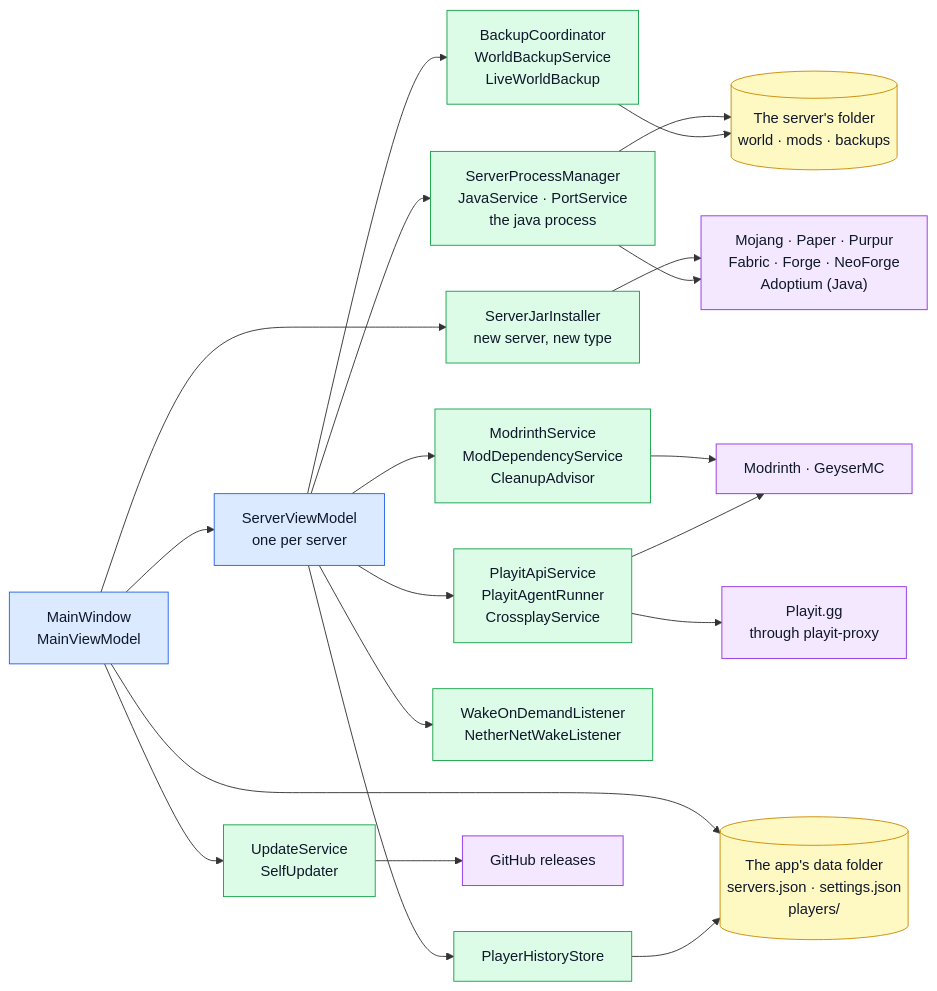
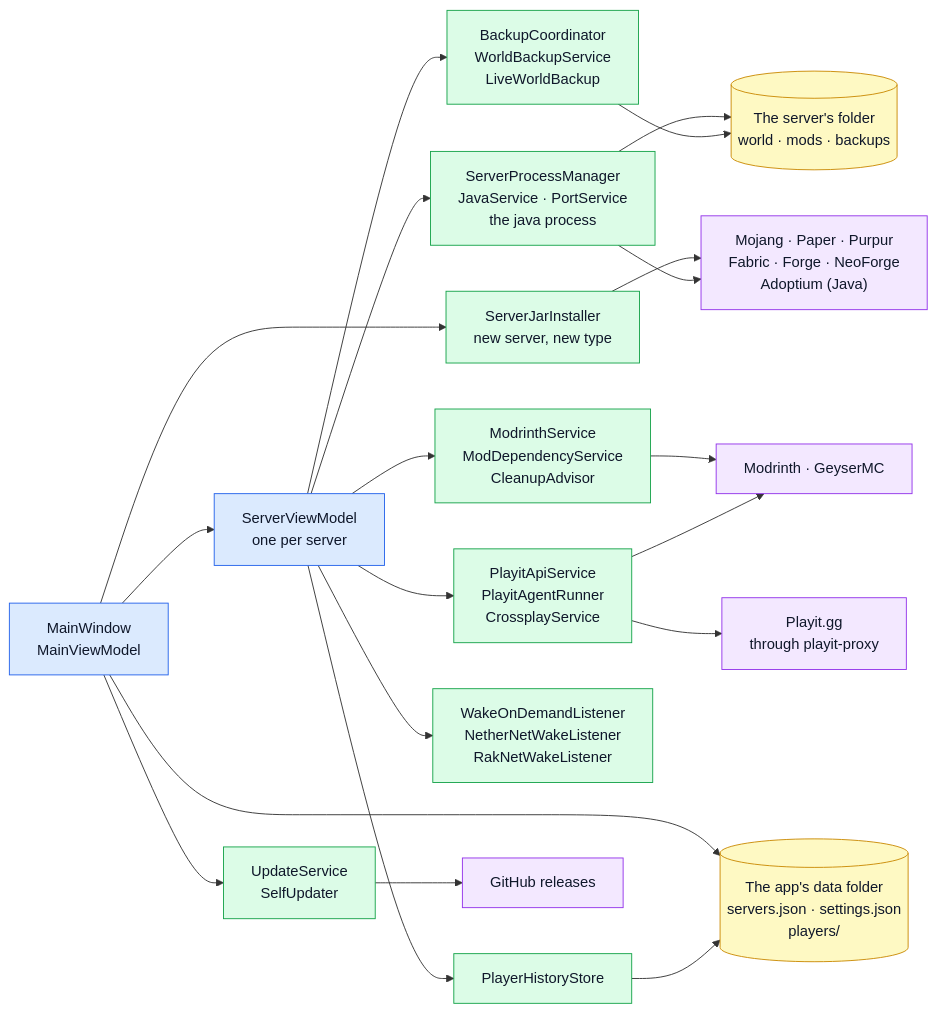
Before and after one commit to JuanP-G/MC-ServerLauncher: the first of 2 diagrams in docs/articles/architecture.md, drawn with Mermaid. The commit also changed other lines of this file and 11 other files, not shown here.

First line of the commit message:
feat(wake): un jugador de Bedrock por RakNet también despierta el servidor

````diff
--- a/docs/articles/architecture.md
+++ b/docs/articles/architecture.md
@@ -16,41 +16,41 @@
 ```mermaid
 flowchart LR
     win["MainWindow<br/>MainViewModel"]
     svm["ServerViewModel<br/>one per server"]
     store[("The app's data folder<br/>servers.json · settings.json<br/>players/")]
     upd["UpdateService<br/>SelfUpdater"]
     jar["ServerJarInstaller<br/>new server, new type"]
     run["ServerProcessManager<br/>JavaService · PortService<br/>the java process"]
     protect["BackupCoordinator<br/>WorldBackupService<br/>LiveWorldBackup"]
     content["ModrinthService<br/>ModDependencyService<br/>CleanupAdvisor"]
     online["PlayitApiService<br/>PlayitAgentRunner<br/>CrossplayService"]
-    wake["WakeOnDemandListener<br/>NetherNetWakeListener"]
+    wake["WakeOnDemandListener<br/>NetherNetWakeListener<br/>RakNetWakeListener"]
     hist["PlayerHistoryStore"]
     folder[("The server's folder<br/>world · mods · backups")]
     web["Mojang · Paper · Purpur<br/>Fabric · Forge · NeoForge<br/>Adoptium (Java)"]
     mr["Modrinth · GeyserMC"]
     pl["Playit.gg<br/>through playit-proxy"]
     gh["GitHub releases"]
 
     win --> svm
     win --> store
     win --> upd --> gh
     win --> jar --> web
     svm --> run --> folder
     run --> web
     svm --> protect --> folder
     svm --> content --> mr
     svm --> online --> pl
     online --> mr
     svm --> wake
     svm --> hist --> store
 
     classDef ui fill:#dbeafe,stroke:#2563eb,color:#0f172a
     classDef svc fill:#dcfce7,stroke:#16a34a,color:#0f172a
     classDef disk fill:#fef9c3,stroke:#ca8a04,color:#0f172a
     classDef net fill:#f3e8ff,stroke:#9333ea,color:#0f172a
     class win,svm ui
     class upd,jar,run,protect,content,online,wake,hist svc
     class store,folder disk
     class web,mr,pl,gh net
 ```
````
